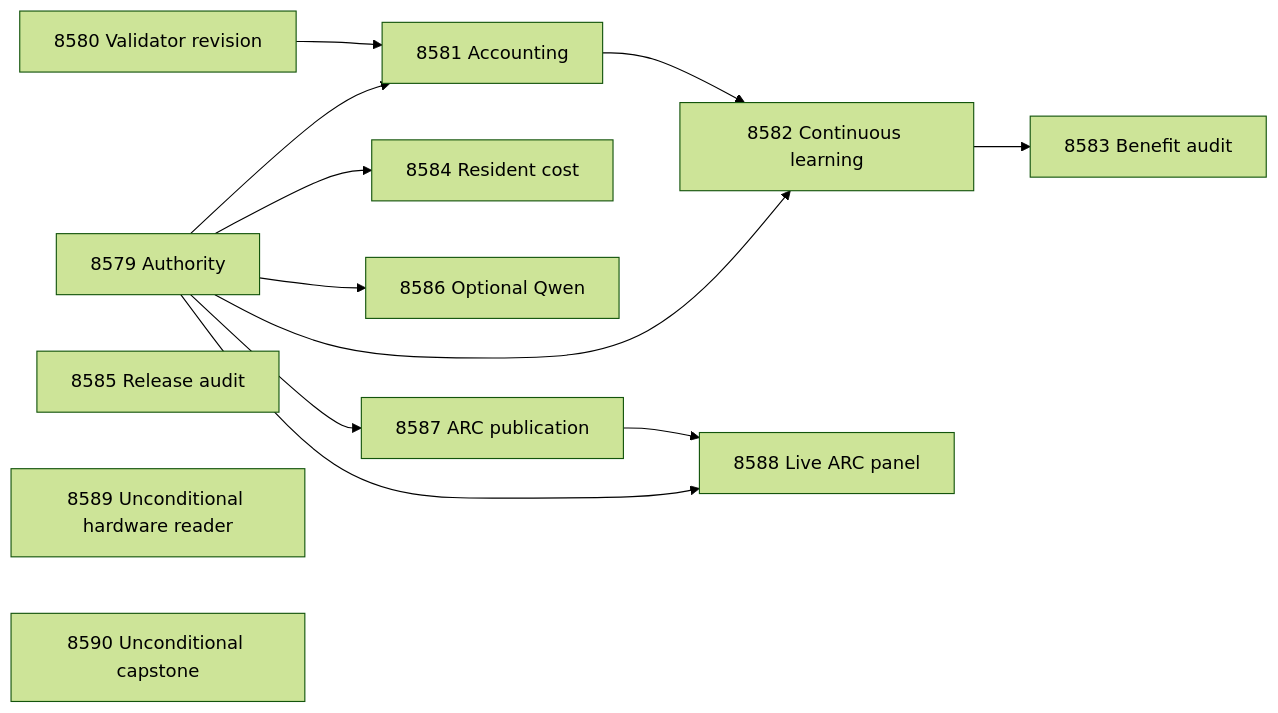
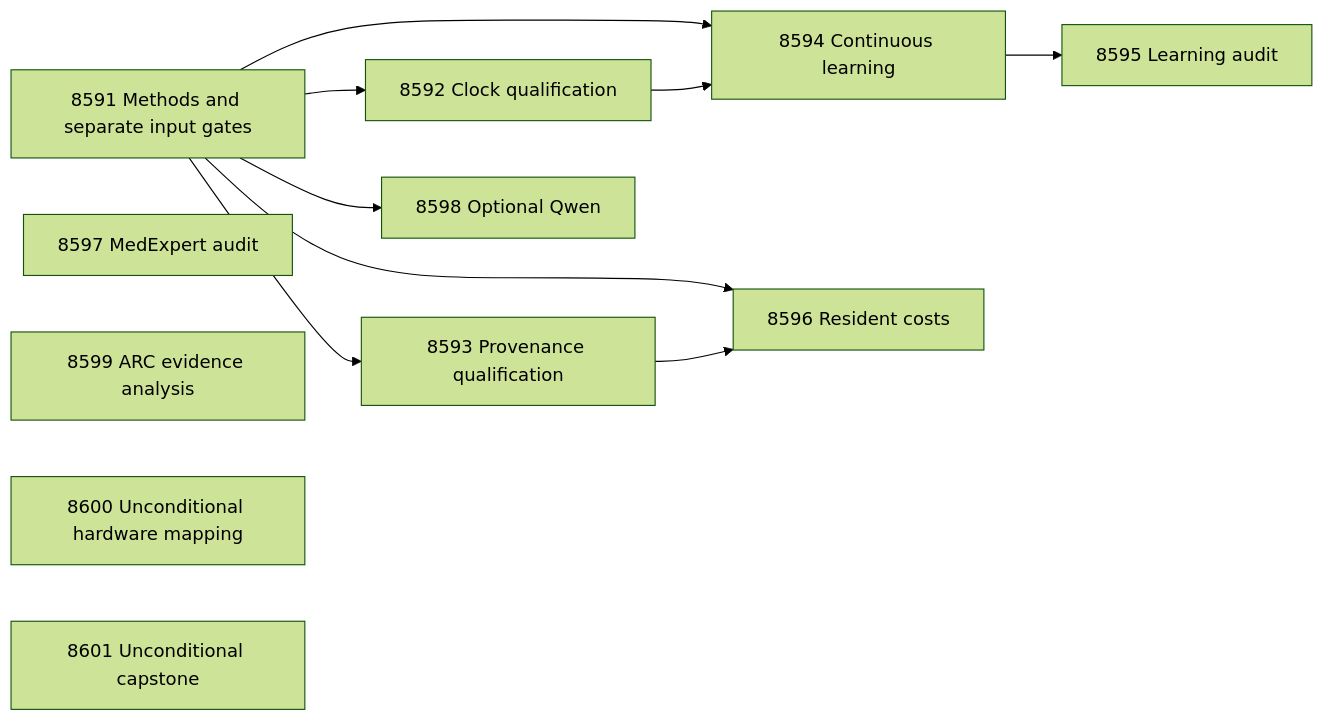
Before and after one commit to Carnot-EBM/carnot-ebm: the second of 2 diagrams in openspec/change-proposals/research-roadmap-vNEXT.md, drawn with Mermaid (forest theme). The commit also changed other lines of this file and 19 other files, not shown here.

````diff
--- a/openspec/change-proposals/research-roadmap-vNEXT.md
+++ b/openspec/change-proposals/research-roadmap-vNEXT.md
@@ -215,16 +217,15 @@
 ```mermaid
 flowchart LR
-    E8579[8579 Authority] --> E8581[8581 Accounting]
-    E8580[8580 Validator revision] --> E8581
-    E8579 --> E8582[8582 Continuous learning]
-    E8581 --> E8582
-    E8582 --> E8583[8583 Benefit audit]
-    E8579 --> E8584[8584 Resident cost]
-    E8585[8585 Release audit]
-    E8579 --> E8586[8586 Optional Qwen]
-    E8579 --> E8587[8587 ARC publication]
-    E8579 --> E8588[8588 Live ARC panel]
-    E8587 --> E8588
-    E8589[8589 Unconditional hardware reader]
-    E8590[8590 Unconditional capstone]
+    E8591[8591 Methods and separate input gates] --> E8592[8592 Clock qualification]
+    E8591 --> E8593[8593 Provenance qualification]
+    E8591 --> E8594[8594 Continuous learning]
+    E8592 --> E8594
+    E8594 --> E8595[8595 Learning audit]
+    E8591 --> E8596[8596 Resident costs]
+    E8593 --> E8596
+    E8591 --> E8598[8598 Optional Qwen]
+    E8597[8597 MedExpert audit]
+    E8599[8599 ARC evidence analysis]
+    E8600[8600 Unconditional hardware mapping]
+    E8601[8601 Unconditional capstone]
 ```
````
